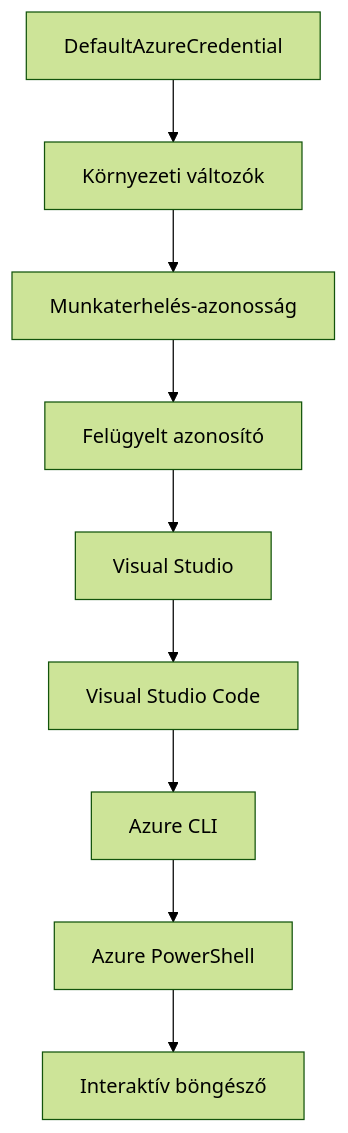
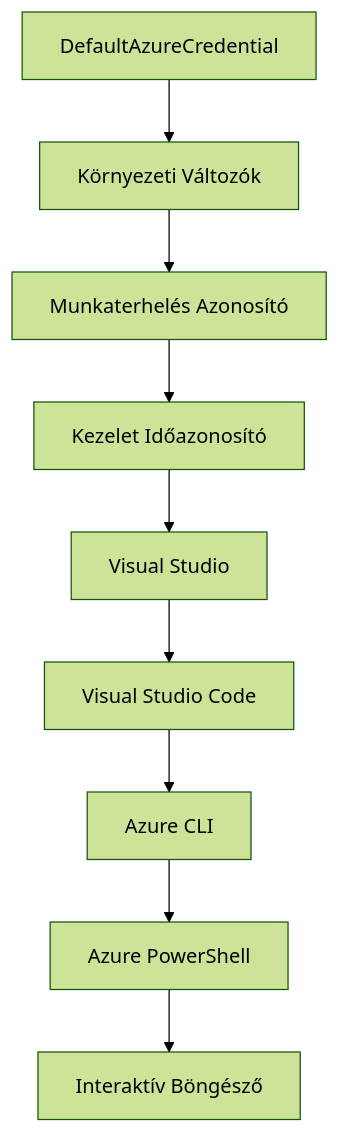
Before and after one commit to microsoft/AZD-for-beginners: the second of 2 diagrams in translations/hu/docs/chapter-01-foundation/azd-basics.md, drawn with Mermaid (forest theme). The commit also changed other lines of this file and 104 other files, not shown here.

````diff
--- a/translations/hu/docs/chapter-01-foundation/azd-basics.md
+++ b/translations/hu/docs/chapter-01-foundation/azd-basics.md
@@ -591,11 +606,11 @@
 ```mermaid
 graph TD
-    A[DefaultAzureCredential] --> B[Környezeti változók]
-    B --> C[Munkaterhelés-azonosság]
-    C --> D[Felügyelt azonosító]
+    A[DefaultAzureCredential] --> B[Környezeti Változók]
+    B --> C[Munkaterhelés Azonosító]
+    C --> D[Kezelet Időazonosító]
     D --> E[Visual Studio]
     E --> F[Visual Studio Code]
     F --> G[Azure CLI]
     G --> H[Azure PowerShell]
-    H --> I[Interaktív böngésző]
+    H --> I[Interaktív Böngésző]
 ```
````
